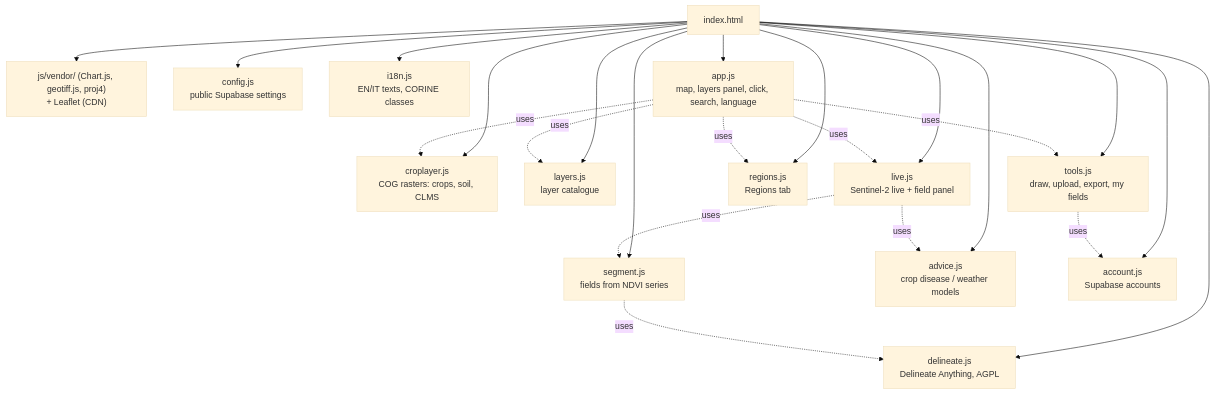
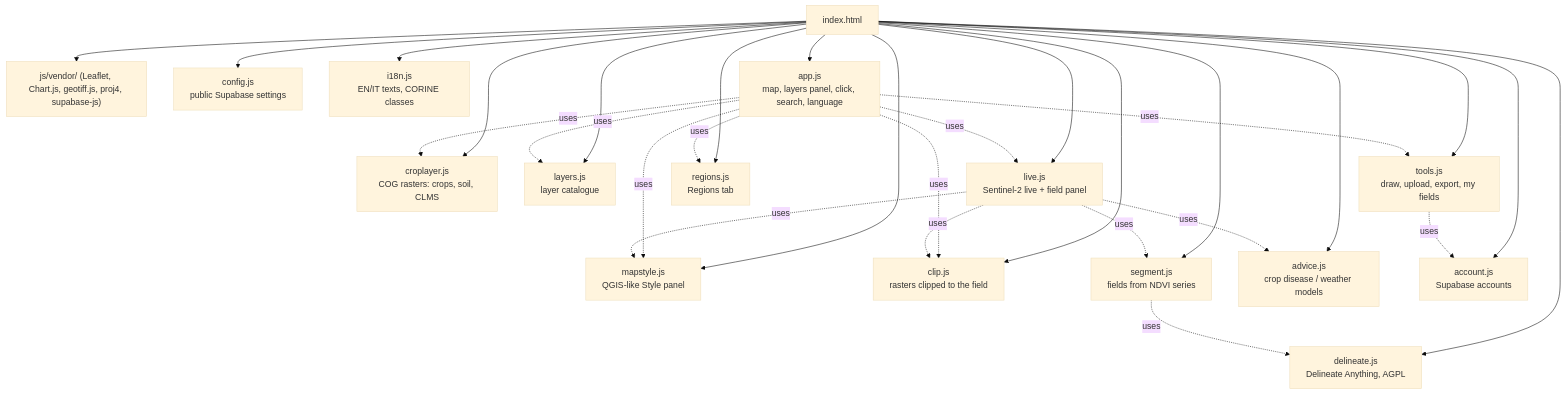
The first of 5 diagrams in docs/HOW_IT_WORKS.md (francescorossi3/campi-aperti), drawn with Mermaid (base theme) before and after one commit. The commit also changed other lines of this file and 2 other files, not shown here.

````diff
--- a/docs/HOW_IT_WORKS.md
+++ b/docs/HOW_IT_WORKS.md
@@ -10,21 +10,24 @@
 ```mermaid
 flowchart TB
-  html[index.html] --> vendor["js/vendor/ (Chart.js, geotiff.js, proj4)<br/>+ Leaflet (CDN)"]
+  html[index.html] --> vendor["js/vendor/ (Leaflet, Chart.js, geotiff.js, proj4, supabase-js)"]
   html --> config[config.js<br/>public Supabase settings]
   html --> i18n[i18n.js<br/>EN/IT texts, CORINE classes]
   html --> crop[croplayer.js<br/>COG rasters: crops, soil, CLMS]
   html --> layers[layers.js<br/>layer catalogue]
+  html --> ms[mapstyle.js<br/>QGIS-like Style panel]
+  html --> clip[clip.js<br/>rasters clipped to the field]
   html --> seg[segment.js<br/>fields from NDVI series]
   html --> del[delineate.js<br/>Delineate Anything, AGPL]
   html --> live[live.js<br/>Sentinel-2 live + field panel]
   html --> adv[advice.js<br/>crop disease / weather models]
   html --> reg[regions.js<br/>Regions tab]
   html --> acc[account.js<br/>Supabase accounts]
   html --> tools[tools.js<br/>draw, upload, export, my fields]
   html --> app[app.js<br/>map, layers panel, click, search, language]
   seg -.uses.-> del
   live -.uses.-> seg
   live -.uses.-> adv
   tools -.uses.-> acc
-  app -.uses.-> layers & crop & live & tools & reg
+  app -.uses.-> layers & crop & live & tools & reg & ms & clip
+  live -.uses.-> ms & clip
 ```
````
